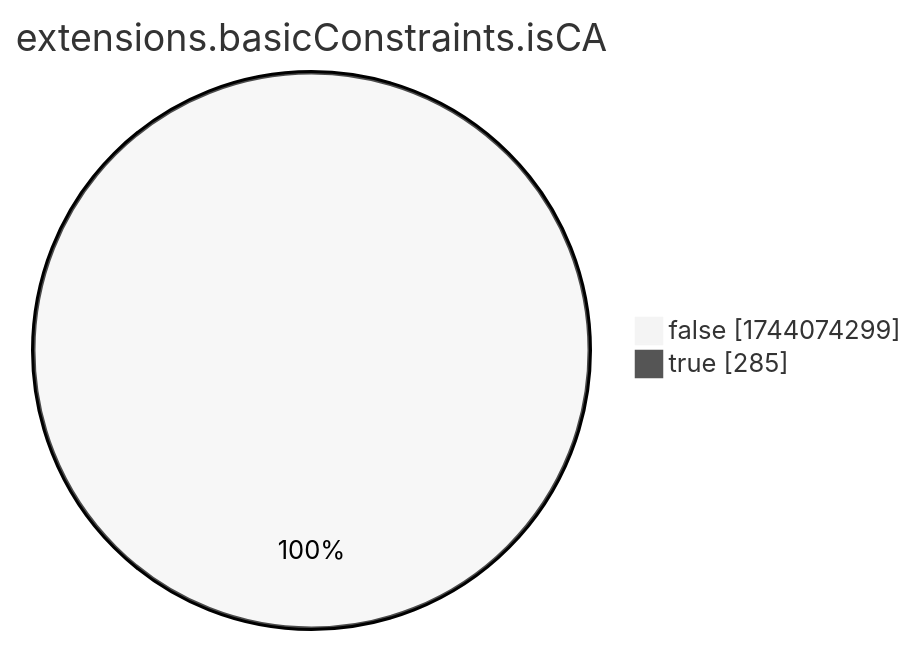
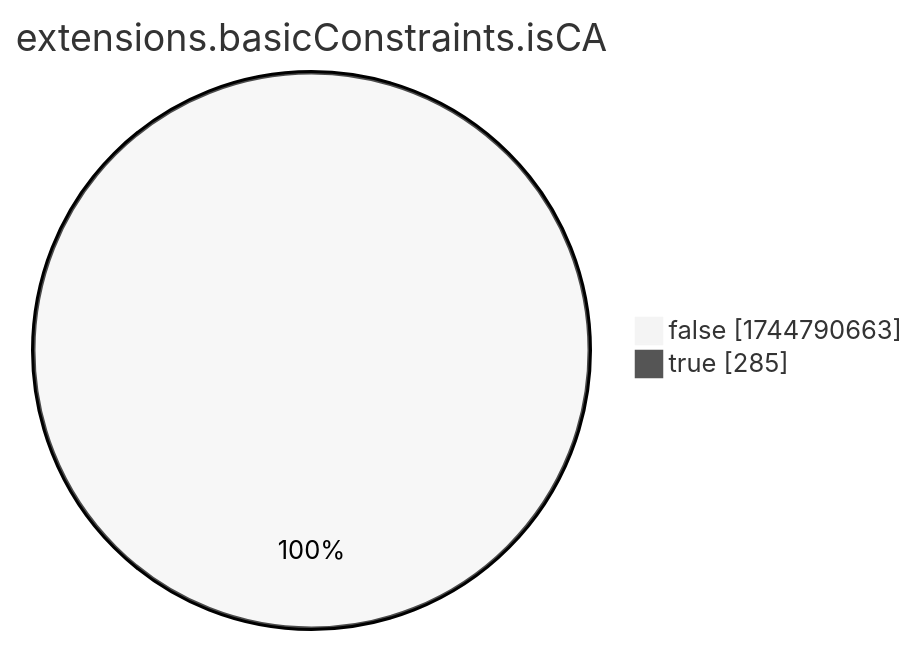
The eighth of 15 diagrams in xenon2022/README.md (christiankrug/ctmonitor_visualization), drawn with Mermaid (neutral theme) before and after one commit. The commit also changed other lines of this file, not shown here.

````diff
--- a/xenon2022/README.md
+++ b/xenon2022/README.md
@@ -2867,6 +2867,6 @@
 ```mermaid
 pie showData
 title extensions.basicConstraints.isCA
-"false" :1744074299
+"false" :1744790663
 "true" :285
 ```
````
